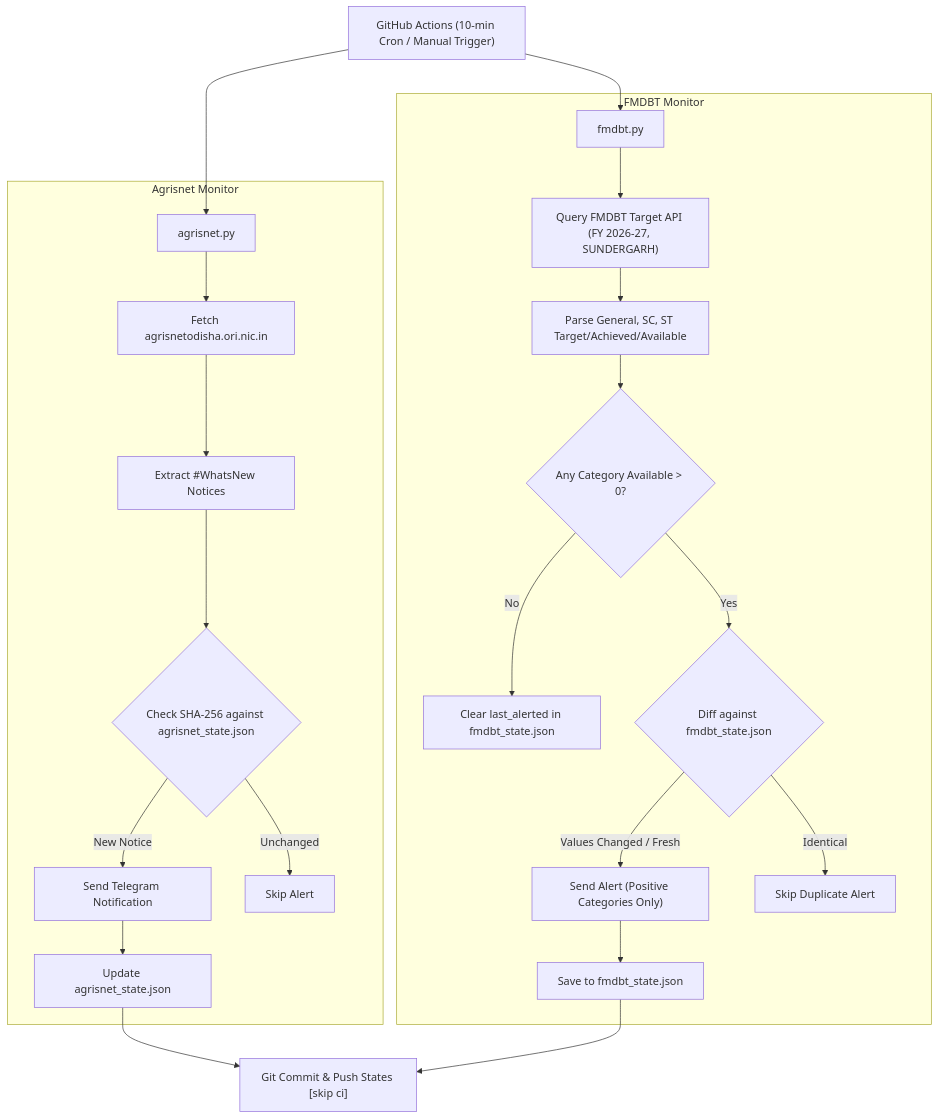
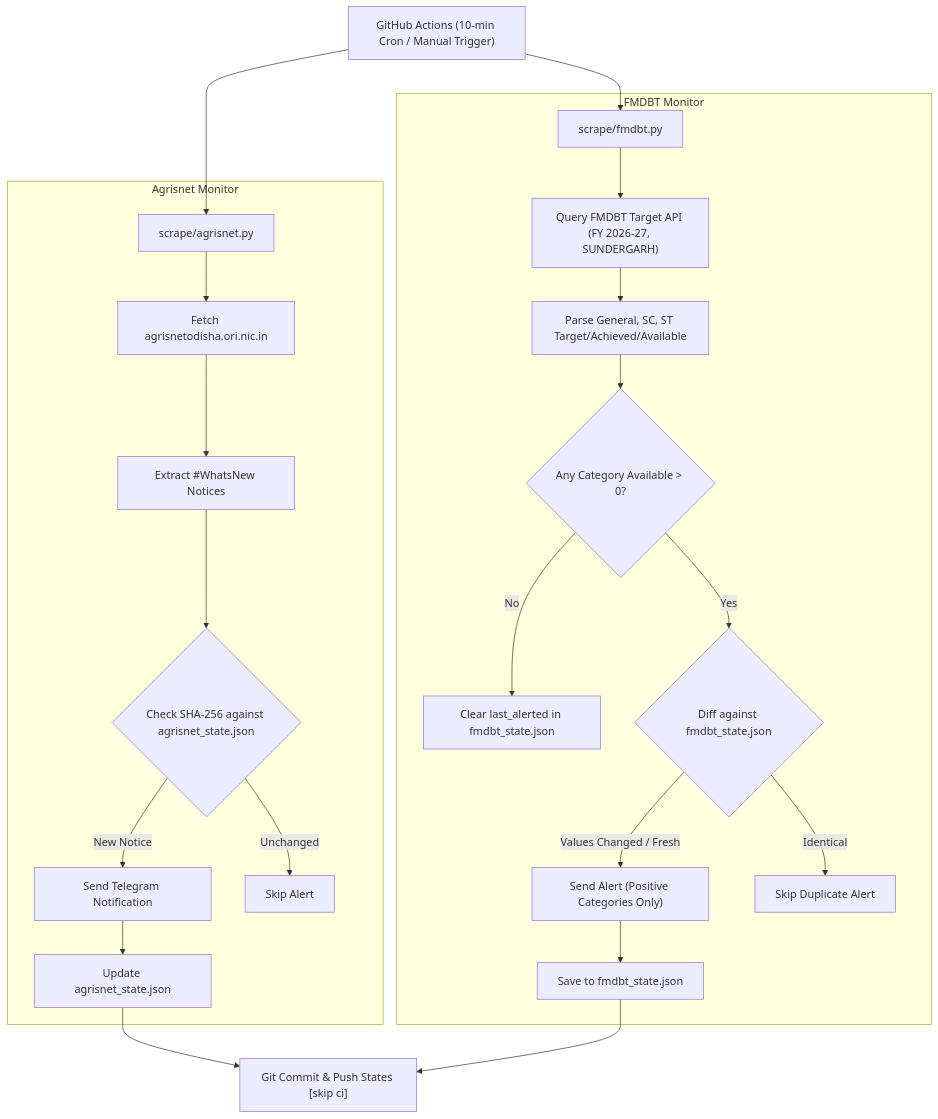
One commit to dhiraj-patra/Odisha-Agri-Alerts changed the diagram in README.md. Above: the diagram before and after it, drawn with Mermaid. The commit also changed other lines of this file and 3 other files, not shown here.

````diff
--- a/README.md
+++ b/README.md
@@ -71,28 +71,28 @@
 ```mermaid
 flowchart TD
-    A["GitHub Actions (10-min Cron / Manual Trigger)"] --> B["agrisnet.py"]
-    A --> C["fmdbt.py"]
+    A["GitHub Actions (10-min Cron / Manual Trigger)"] --> B["scrape/agrisnet.py"]
+    A --> C["scrape/fmdbt.py"]
     
     subgraph Agrisnet Monitor
         B --> D["Fetch agrisnetodisha.ori.nic.in"]
         D --> E["Extract #WhatsNew Notices"]
         E --> F{"Check SHA-256 against agrisnet_state.json"}
         F -- New Notice --> G["Send Telegram Notification"]
         G --> H["Update agrisnet_state.json"]
         F -- Unchanged --> I["Skip Alert"]
     end
     
     subgraph FMDBT Monitor
         C --> J["Query FMDBT Target API (FY 2026-27, SUNDERGARH)"]
         J --> K["Parse General, SC, ST Target/Achieved/Available"]
         K --> L{"Any Category Available > 0?"}
         L -- No --> M["Clear last_alerted in fmdbt_state.json"]
         L -- Yes --> N{"Diff against fmdbt_state.json"}
         N -- Values Changed / Fresh --> O["Send Alert (Positive Categories Only)"]
         O --> P["Save to fmdbt_state.json"]
         N -- Identical --> Q["Skip Duplicate Alert"]
     end
     
     H --> R["Git Commit & Push States [skip ci]"]
     P --> R
 ```
````
